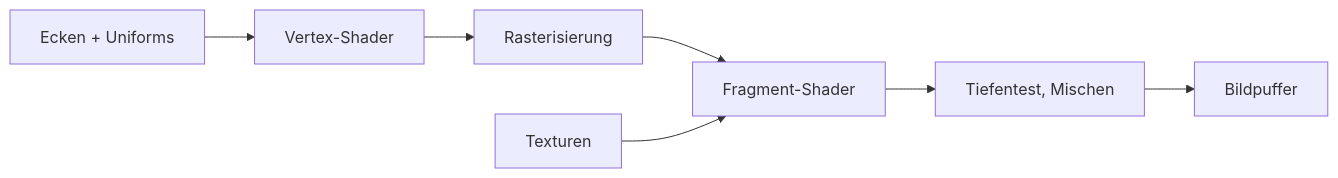
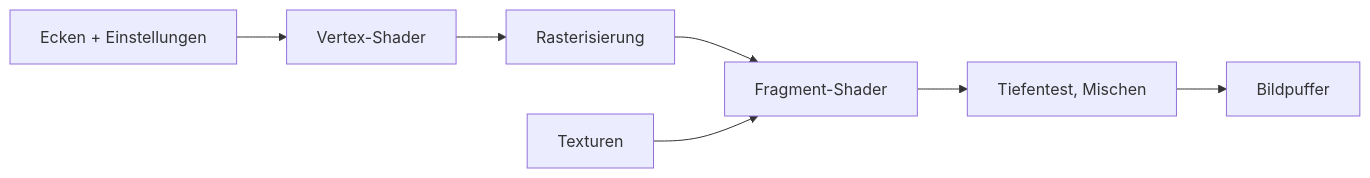
One commit to ChristianHohlfeld/kernengine.de changed the second of 3 diagrams in kern/docs/buch-gelb/B-grundlagen-rendering.md. Above: the diagram before and after it, drawn with Mermaid. The commit also changed other lines of this file and 1 other file, not shown here.

````diff
--- a/kern/docs/buch-gelb/B-grundlagen-rendering.md
+++ b/kern/docs/buch-gelb/B-grundlagen-rendering.md
@@ -154,9 +271,9 @@
 ```mermaid
 flowchart LR
-  A["Ecken + Uniforms"] --> VS["Vertex-Shader"]
+  A["Ecken + Einstellungen"] --> VS["Vertex-Shader"]
   VS --> R["Rasterisierung"]
   R --> FS["Fragment-Shader"]
   T["Texturen"] --> FS
   FS --> D["Tiefentest, Mischen"]
   D --> FB["Bildpuffer"]
 ```
````
